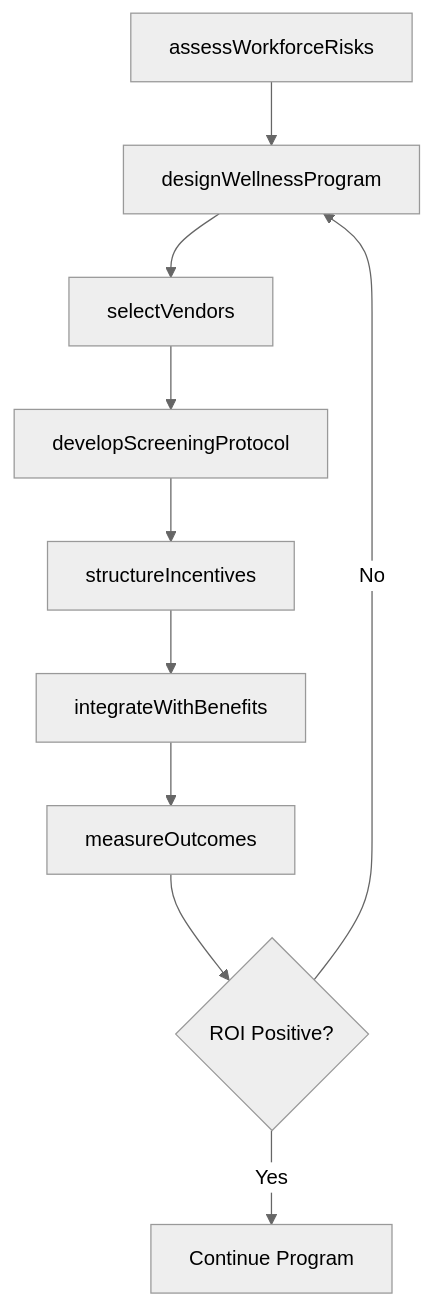
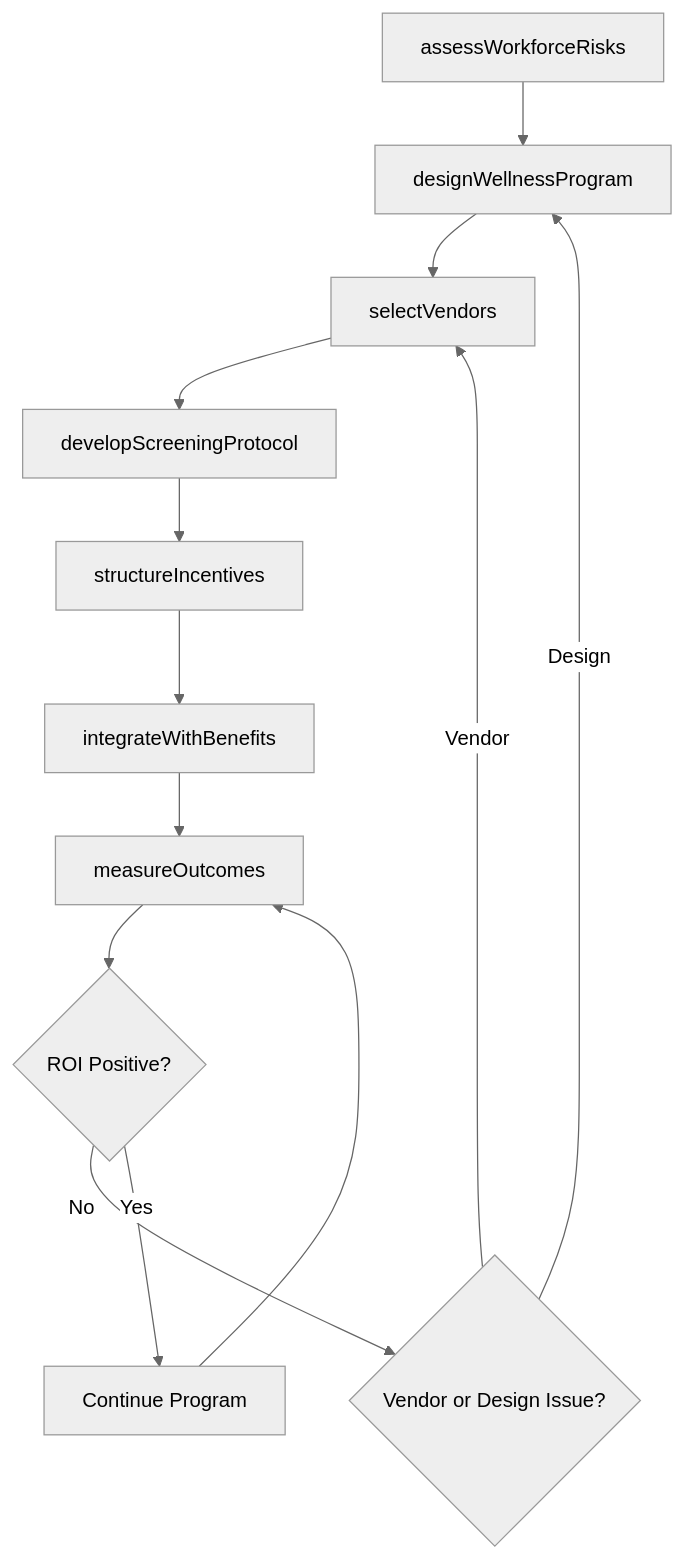
One commit to dot-org-ai/tasks.org.ai changed the third of 4 diagrams in ThinkingCreatively/DevelopPublicOrCommunityHealthPrograms/DesignPublicEmployeeHealthPrograms.mdx. Above: the diagram before and after it, drawn with Mermaid (neutral theme). The commit also changed other lines of this file and 504 other files, not shown here.

First line of the commit message:
feat: Add ER diagrams, state diagrams, and workflow improvements to 96 DWA task files

````diff
--- a/ThinkingCreatively/DevelopPublicOrCommunityHealthPrograms/DesignPublicEmployeeHealthPrograms.mdx
+++ b/ThinkingCreatively/DevelopPublicOrCommunityHealthPrograms/DesignPublicEmployeeHealthPrograms.mdx
@@ -87,12 +117,15 @@
 ```mermaid
 graph TD
     A[assessWorkforceRisks] --> B[designWellnessProgram]
     B --> C[selectVendors]
     C --> D[developScreeningProtocol]
     D --> E[structureIncentives]
     E --> F[integrateWithBenefits]
     F --> G[measureOutcomes]
     G --> H{ROI Positive?}
-    H -->|No| B
-    H -->|Yes| I[Continue Program]
+    H -->|No| I{Vendor or Design Issue?}
+    I -->|Vendor| C
+    I -->|Design| B
+    H -->|Yes| J[Continue Program]
+    J --> G
 ```
````
